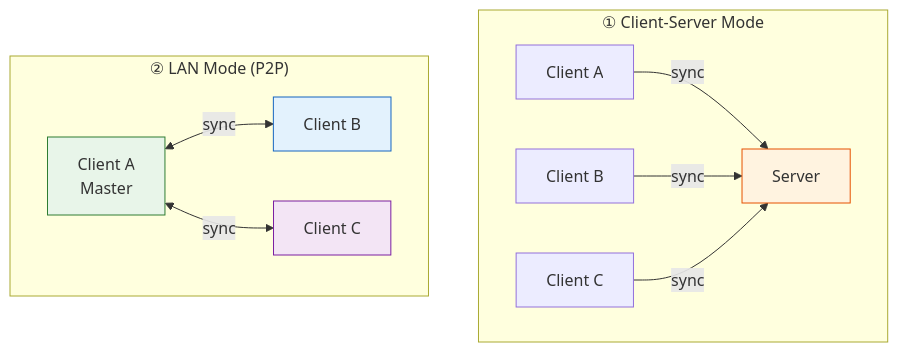
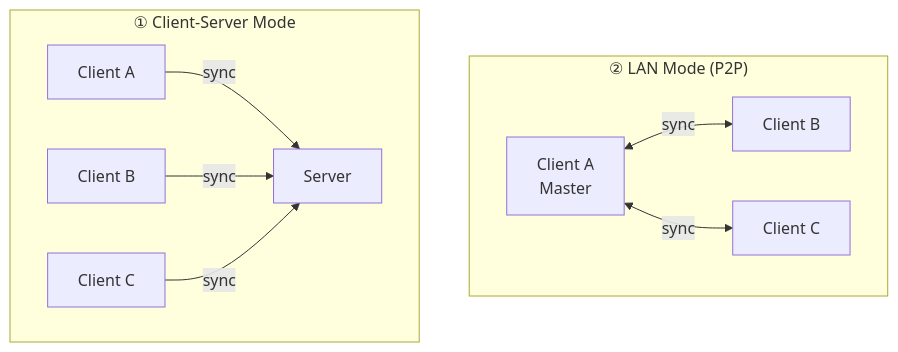
Before and after one commit to albertsdk/hsync-client: the diagram in docs/lan-mode.md, drawn with Mermaid.

Commit message:
docs: minor fixes on diagrams

````diff
--- a/docs/lan-mode.md
+++ b/docs/lan-mode.md
@@ -17,18 +17,13 @@
 ```mermaid
 flowchart TB
+    subgraph "② LAN Mode (P2P)"
+        C2A[Client A<br/>Master] <-->|"sync"| C2B[Client B]
+        C2A <-->|"sync"| C2C[Client C]
+    end
+
     subgraph "① Client-Server Mode"
         C1A[Client A] -->|"sync"| S[Server]
         C1B[Client B] -->|"sync"| S
         C1C[Client C] -->|"sync"| S
     end
-
-    subgraph "② LAN Mode (P2P)"
-        C2A[Client A<br/>Master] <-->|"sync"| C2B[Client B]
-        C2A <-->|"sync"| C2C[Client C]
-    end
-
-    style S fill:#fff3e0,stroke:#e65100
-    style C2A fill:#e8f5e9,stroke:#2e7d32
-    style C2B fill:#e3f2fd,stroke:#1565c0
-    style C2C fill:#f3e5f5,stroke:#7b1fa2
 ```
````
